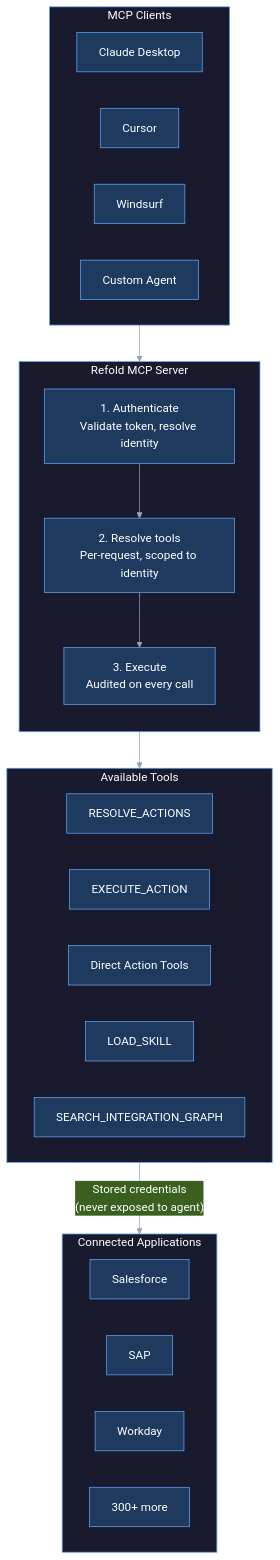
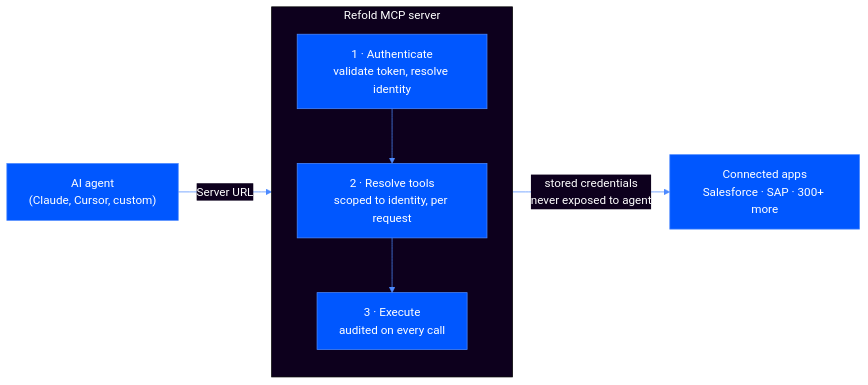
One commit to gocobalt/mintlify-docs changed the first of 2 diagrams in v3/mcp-ai-agents/overview/architecture.mdx. Above: the diagram before and after it, drawn with Mermaid. The commit also changed other lines of this file and 24 other files, not shown here.

````diff
--- a/v3/mcp-ai-agents/overview/architecture.mdx
+++ b/v3/mcp-ai-agents/overview/architecture.mdx
@@ -12,40 +14,16 @@
 ```mermaid
-%%{init: {'theme':'base','themeVariables':{'primaryColor':'#1e3a5f','primaryTextColor':'#fff','primaryBorderColor':'#60a5fa','lineColor':'#94a3b8','clusterBkg':'#1a1a2e','clusterBorder':'#60a5fa','titleColor':'#fff','tertiaryColor':'#2a1a1a','tertiaryBorderColor':'#f87171','tertiaryTextColor':'#fff','fontFamily':'inherit'}}}%%
-flowchart TD
-    subgraph Clients["MCP Clients"]
-        C1["Claude Desktop"]
-        C2["Cursor"]
-        C3["Windsurf"]
-        C4["Custom Agent"]
+%%{init: {'theme':'base','themeVariables':{'primaryColor':'#0057FF','primaryTextColor':'#ffffff','primaryBorderColor':'#4D8AFF','lineColor':'#4D8AFF','secondaryColor':'#0D001D','tertiaryColor':'#0D001D','tertiaryTextColor':'#ffffff'}}}%%
+flowchart LR
+    Agent["AI agent<br/>(Claude, Cursor, custom)"]
+    Agent -->|Server URL| MCP
+
+    subgraph MCP["Refold MCP server"]
+        direction TB
+        AUTH["1 · Authenticate<br/>validate token, resolve identity"]
+        RESOLVE["2 · Resolve tools<br/>scoped to identity, per request"]
+        EXEC["3 · Execute<br/>audited on every call"]
+        AUTH --> RESOLVE --> EXEC
     end
 
-    Clients --> MCP
-
-    subgraph MCP["Refold MCP Server"]
-        direction TB
-        AUTH["1. Authenticate<br/>Validate token, resolve identity"]
-        SESSION["2. Resolve tools<br/>Per-request, scoped to identity"]
-        TOOLS["3. Execute<br/>Audited on every call"]
-        AUTH --> SESSION --> TOOLS
-    end
-
-    subgraph ToolSet["Available Tools"]
-        direction LR
-        T1["RESOLVE_ACTIONS"]
-        T2["EXECUTE_ACTION"]
-        T3["Direct Action Tools"]
-        T4["LOAD_SKILL"]
-        T5["SEARCH_INTEGRATION_GRAPH"]
-    end
-
-    TOOLS --> ToolSet
-
-    ToolSet -->|"Stored credentials<br/>(never exposed to agent)"| APPS
-
-    subgraph APPS["Connected Applications"]
-        A1["Salesforce"]
-        A2["SAP"]
-        A3["Workday"]
-        A4["300+ more"]
-    end
+    EXEC -->|stored credentials<br/>never exposed to agent| APPS["Connected apps<br/>Salesforce · SAP · 300+ more"]
 ```
````
